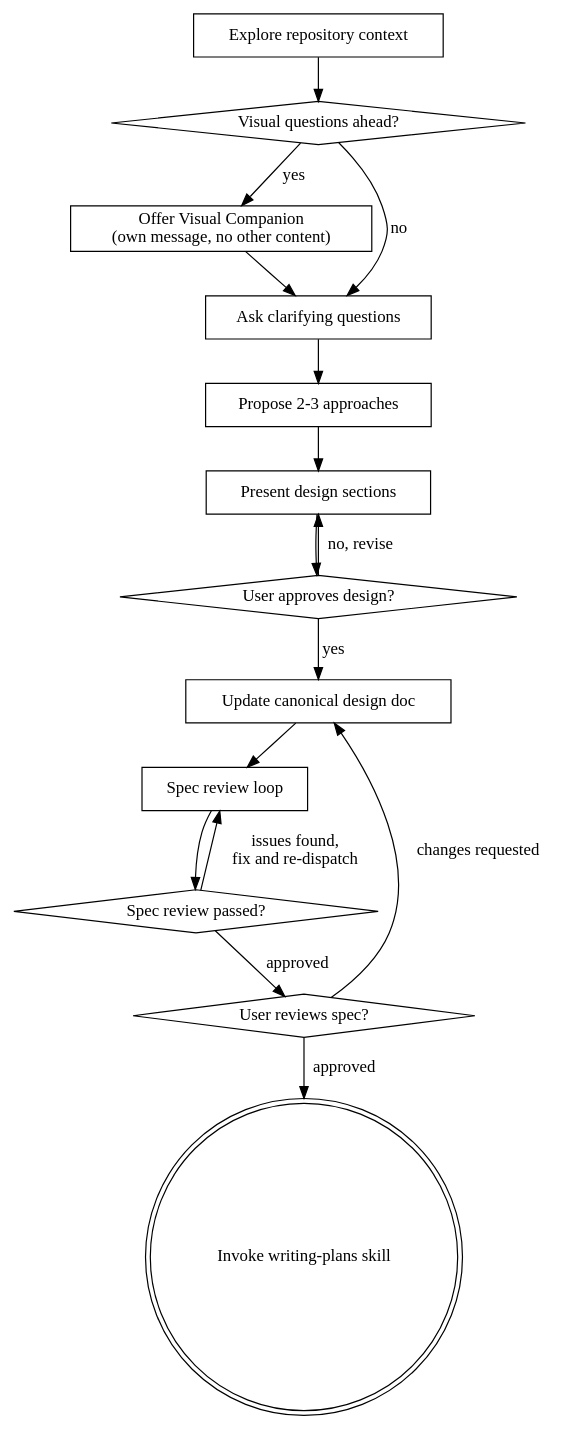
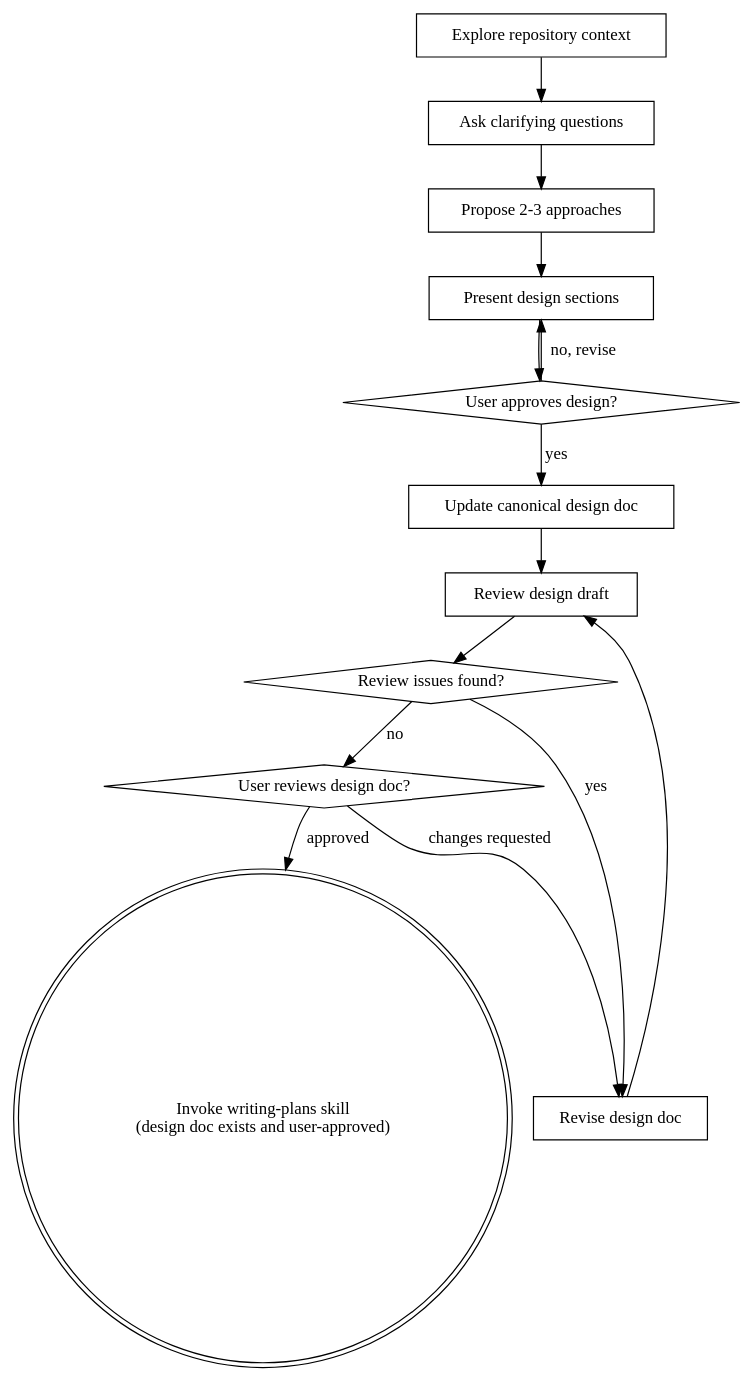
One commit to gyf1214/ya-superpowers changed the diagram in skills/brainstorming/SKILL.md. Above: the diagram before and after it, drawn with Graphviz. The commit also changed other lines of this file and 2 other files, not shown here.

Commit message:
refine design-doc workflow terminology across core skills

````diff
--- a/skills/brainstorming/SKILL.md
+++ b/skills/brainstorming/SKILL.md
@@ -41,32 +40,29 @@
 ```dot
 digraph brainstorming {
     "Explore repository context" [shape=box];
-    "Visual questions ahead?" [shape=diamond];
-    "Offer Visual Companion\n(own message, no other content)" [shape=box];
     "Ask clarifying questions" [shape=box];
     "Propose 2-3 approaches" [shape=box];
     "Present design sections" [shape=box];
     "User approves design?" [shape=diamond];
     "Update canonical design doc" [shape=box];
-    "Spec review loop" [shape=box];
-    "Spec review passed?" [shape=diamond];
-    "User reviews spec?" [shape=diamond];
-    "Invoke writing-plans skill" [shape=doublecircle];
+    "Review design draft" [shape=box];
+    "Review issues found?" [shape=diamond];
+    "Revise design doc" [shape=box];
+    "User reviews design doc?" [shape=diamond];
+    "Invoke writing-plans skill\n(design doc exists and user-approved)" [shape=doublecircle];
 
-    "Explore repository context" -> "Visual questions ahead?";
-    "Visual questions ahead?" -> "Offer Visual Companion\n(own message, no other content)" [label="yes"];
-    "Visual questions ahead?" -> "Ask clarifying questions" [label="no"];
-    "Offer Visual Companion\n(own message, no other content)" -> "Ask clarifying questions";
+    "Explore repository context" -> "Ask clarifying questions";
     "Ask clarifying questions" -> "Propose 2-3 approaches";
     "Propose 2-3 approaches" -> "Present design sections";
     "Present design sections" -> "User approves design?";
     "User approves design?" -> "Present design sections" [label="no, revise"];
     "User approves design?" -> "Update canonical design doc" [label="yes"];
-    "Update canonical design doc" -> "Spec review loop";
-    "Spec review loop" -> "Spec review passed?";
-    "Spec review passed?" -> "Spec review loop" [label="issues found,\nfix and re-dispatch"];
-    "Spec review passed?" -> "User reviews spec?" [label="approved"];
-    "User reviews spec?" -> "Update canonical design doc" [label="changes requested"];
-    "User reviews spec?" -> "Invoke writing-plans skill" [label="approved"];
+    "Update canonical design doc" -> "Review design draft";
+    "Review design draft" -> "Review issues found?";
+    "Review issues found?" -> "Revise design doc" [label="yes"];
+    "Revise design doc" -> "Review design draft";
+    "Review issues found?" -> "User reviews design doc?" [label="no"];
+    "User reviews design doc?" -> "Revise design doc" [label="changes requested"];
+    "User reviews design doc?" -> "Invoke writing-plans skill\n(design doc exists and user-approved)" [label="approved"];
 }
 ```
````
